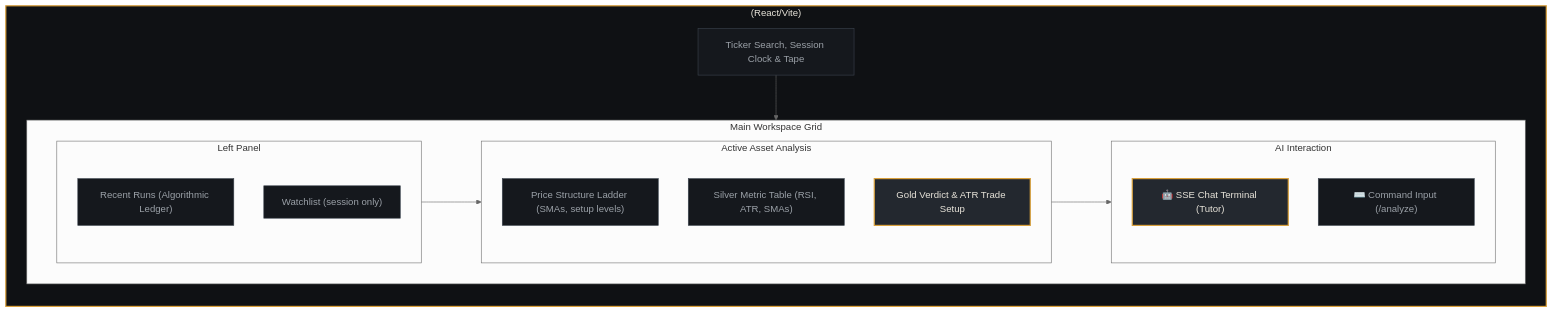
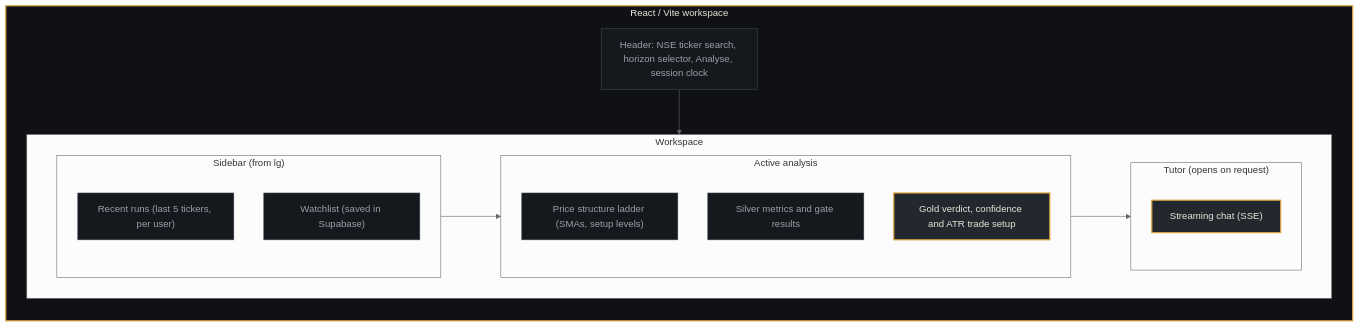
Before and after one commit to gh0gale/INVR: the first of 3 diagrams in README.md, drawn with Mermaid (neutral theme). The commit also changed other lines of this file, not shown here.

````diff
--- a/README.md
+++ b/README.md
@@ -11,40 +13,39 @@
 ```mermaid
 flowchart TB
     classDef layout fill:#0F1114,stroke:#D9A03C,stroke-width:2px,color:#E8E4DA;
     classDef panel fill:#15181D,stroke:#3B434D,stroke-width:1px,color:#9BA1A8;
     classDef highlight fill:#23282F,stroke:#D9A03C,stroke-width:2px,color:#E8E4DA;
-    
-    subgraph UI["(React/Vite)"]
+
+    subgraph UI["React / Vite workspace"]
         direction TB
-        TopNav["Ticker Search, Session Clock & Tape"]:::panel
-        
-        subgraph Workspace["Main Workspace Grid"]
+        Header["Header: NSE ticker search, horizon selector, Analyse, session clock"]:::panel
+
+        subgraph Grid["Workspace"]
             direction LR
-            
-            subgraph LeftCol["Left Panel"]
+
+            subgraph LeftCol["Sidebar (from lg)"]
                 direction TB
-                Ledger["Recent Runs (Algorithmic Ledger)"]:::panel
-                Watchlist["Watchlist (session only)"]:::panel
+                Recent["Recent runs (last 5 tickers, per user)"]:::panel
+                Watchlist["Watchlist (saved in Supabase)"]:::panel
             end
-            
-            subgraph CenterCol["Active Asset Analysis"]
+
+            subgraph CenterCol["Active analysis"]
                 direction TB
-                Ladder["Price Structure Ladder (SMAs, setup levels)"]:::panel
-                Metrics["Silver Metric Table (RSI, ATR, SMAs)"]:::panel
-                Verdict["Gold Verdict & ATR Trade Setup"]:::highlight
+                Ladder["Price structure ladder (SMAs, setup levels)"]:::panel
+                Metrics["Silver metrics and gate results"]:::panel
+                Verdict["Gold verdict, confidence and ATR trade setup"]:::highlight
             end
-            
-            subgraph RightCol["AI Interaction"]
+
+            subgraph RightCol["Tutor (opens on request)"]
                 direction TB
-                Terminal["🤖 SSE Chat Terminal (Tutor)"]:::highlight
-                Input["⌨️ Command Input (/analyze)"]:::panel
+                Chat["Streaming chat (SSE)"]:::highlight
             end
-            
+
             LeftCol --> CenterCol
             CenterCol --> RightCol
         end
-        
-        TopNav --> Workspace
+
+        Header --> Grid
     end
     class UI layout
 ```
````
